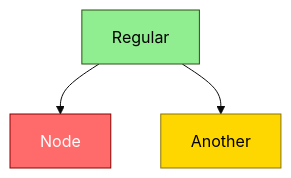
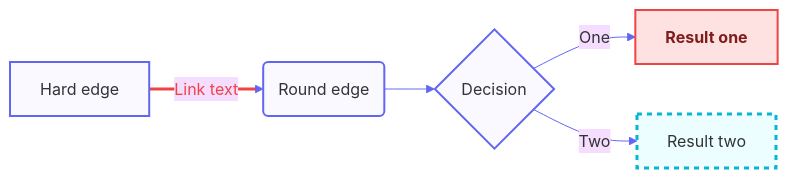
One commit to mark3labs/mergo changed the diagram in examples/flowchart/styling.mmd. Above: the diagram before and after it, drawn with Mermaid (base theme). The commit also changed 15 other files, not shown here.

Commit message:
Rewrite flowchart: full parser, v11 shapes, subgraphs, styling

```diff
--- a/examples/flowchart/styling.mmd
+++ b/examples/flowchart/styling.mmd
@@ -1,13 +1,11 @@
-flowchart TD
-    A[Regular] --> B[Node]
-    
-    classDef success fill:#90EE90,stroke:#2d5016,color:#000
-    classDef error fill:#FF6B6B,stroke:#8B0000,color:#fff
-    classDef warning fill:#FFD700,stroke:#8B7500,color:#000
-    
-    class A success
-    class B error
-    
-    C[Another]:::warning
-    
-    A --> C
+flowchart LR
+    A[Hard edge] -->|Link text| B(Round edge)
+    B --> C{Decision}
+    C -->|One| D[Result one]
+    C -->|Two| E[Result two]
+    classDef default fill:#f9f9ff,stroke:#6366f1,stroke-width:2px
+    classDef hot fill:#fee2e2,stroke:#ef4444,stroke-width:2px,color:#7f1d1d,font-weight:bold
+    class D hot
+    style E fill:#ecfeff,stroke:#06b6d4,stroke-width:3px,stroke-dasharray: 5 5
+    linkStyle 0 stroke:#ef4444,stroke-width:3px,color:#ef4444
+    linkStyle default stroke:#6366f1
```
